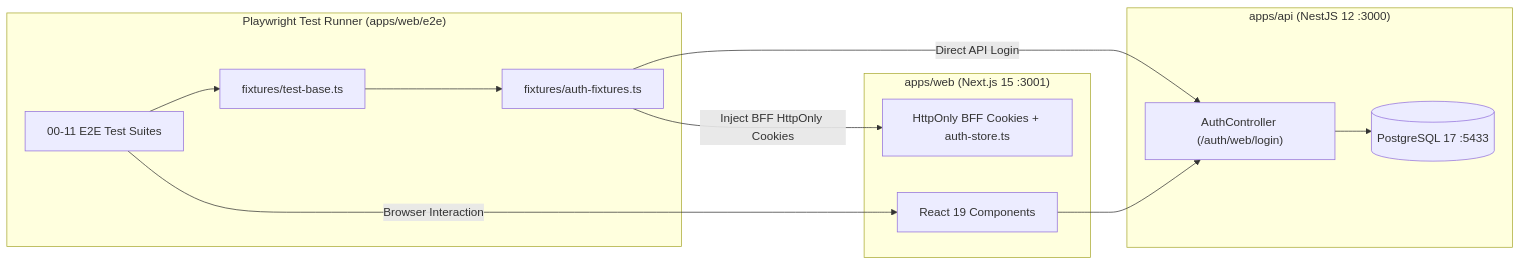
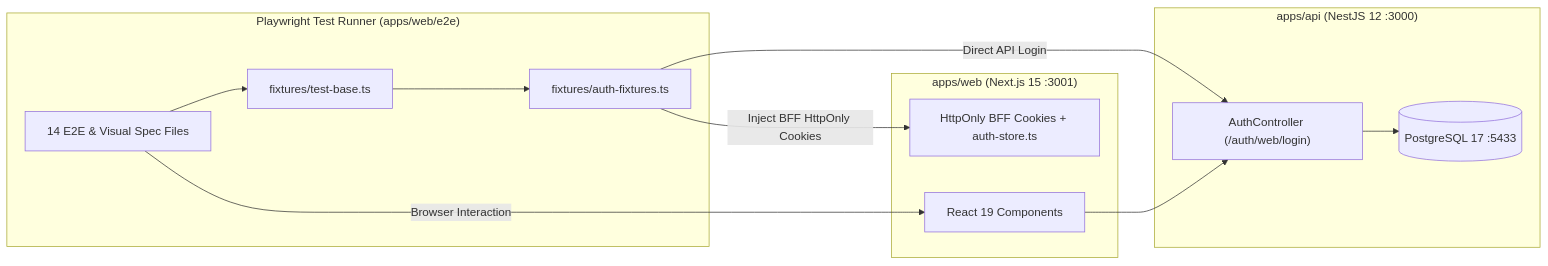
Before and after one commit to Kathir-24/Kumaran-finance: the diagram in docs/web/playwright-e2e-testing.md, drawn with Mermaid. The commit also changed other lines of this file and 4 other files, not shown here.

````diff
--- a/docs/web/playwright-e2e-testing.md
+++ b/docs/web/playwright-e2e-testing.md
@@ -14,25 +15,25 @@
 ```mermaid
 flowchart LR
     subgraph E2E_Runner["Playwright Test Runner (apps/web/e2e)"]
-        Spec["00-11 E2E Test Suites"]
+        Spec["14 E2E & Visual Spec Files"]
         Base["fixtures/test-base.ts"]
         Fixtures["fixtures/auth-fixtures.ts"]
     end
 
     subgraph Web_App["apps/web (Next.js 15 :3001)"]
         UI["React 19 Components"]
         Cookies["HttpOnly BFF Cookies + auth-store.ts"]
     end
 
     subgraph Backend["apps/api (NestJS 12 :3000)"]
         AuthCtrl["AuthController (/auth/web/login)"]
         DB[(PostgreSQL 17 :5433)]
     end
 
     Spec --> Base --> Fixtures
     Fixtures -->|Direct API Login| AuthCtrl
     AuthCtrl --> DB
     Fixtures -->|Inject BFF HttpOnly Cookies| Cookies
     Spec -->|Browser Interaction| UI
     UI --> AuthCtrl
 ```
````
